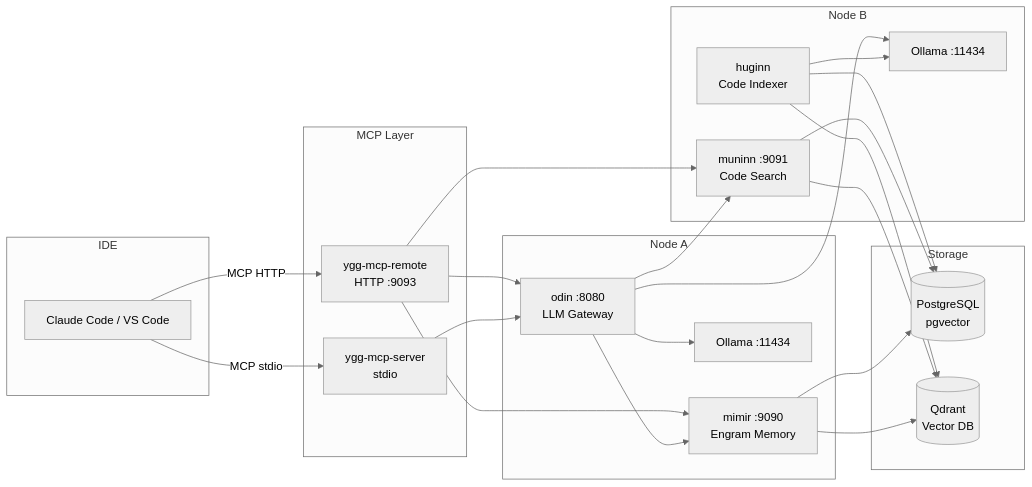
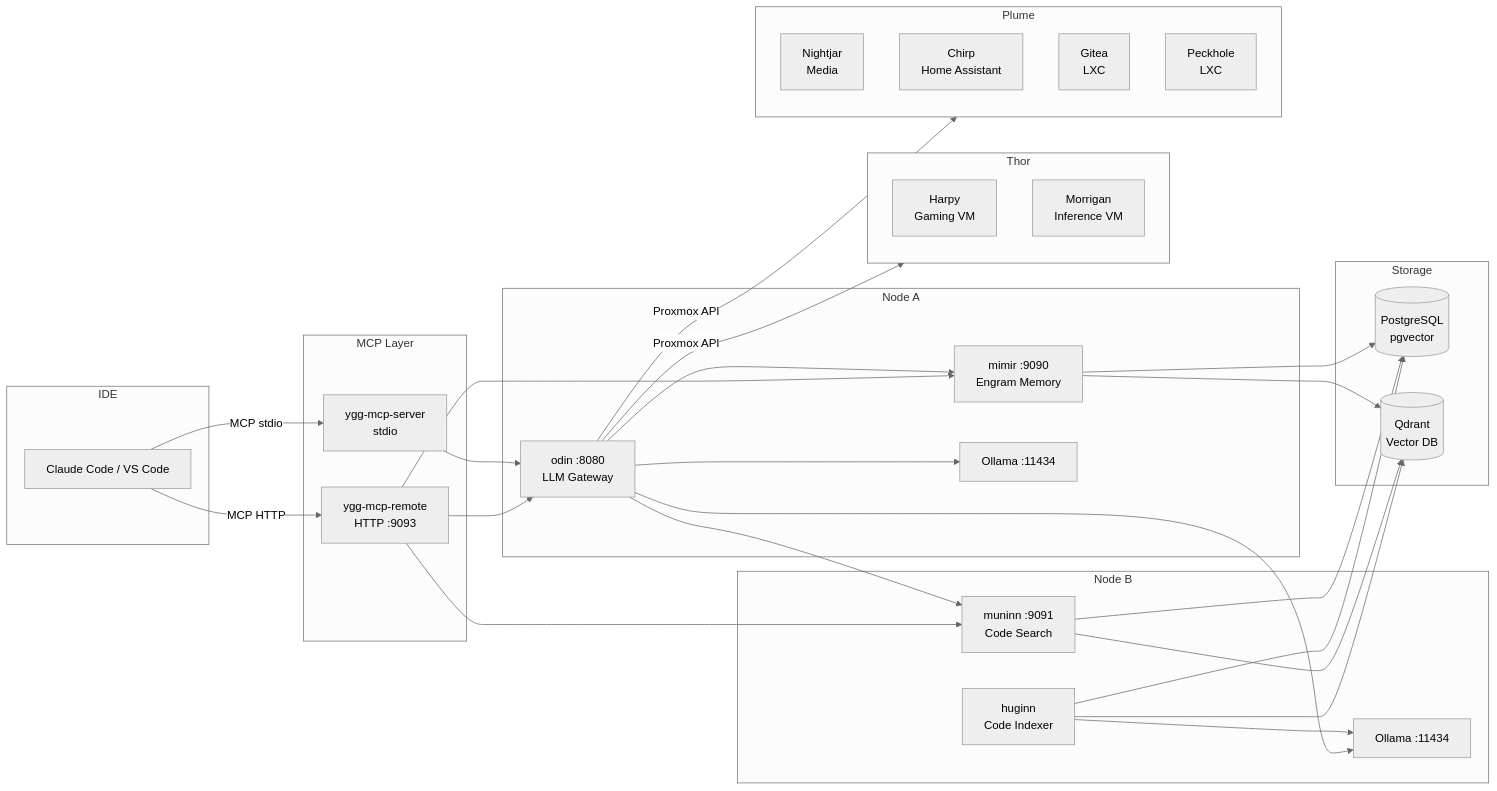
One commit to GrandpaSatan/Yggdrasil changed the diagram in README.md. Above: the diagram before and after it, drawn with Mermaid (neutral theme). The commit also changed other lines of this file and 24 other files, not shown here.

````diff
--- a/README.md
+++ b/README.md
@@ -20,46 +21,60 @@
 ```mermaid
 graph LR
     subgraph IDE
         CC[Claude Code / VS Code]
     end
 
     subgraph MCP Layer
         Local[ygg-mcp-server<br/>stdio]
         Remote[ygg-mcp-remote<br/>HTTP :9093]
     end
 
     subgraph Node A
         Odin[odin :8080<br/>LLM Gateway]
         Mimir[mimir :9090<br/>Engram Memory]
         OllamaA[Ollama :11434]
     end
 
     subgraph Node B
         Huginn[huginn<br/>Code Indexer]
         Muninn[muninn :9091<br/>Code Search]
         OllamaB[Ollama :11434]
     end
 
     subgraph Storage
         PG[(PostgreSQL<br/>pgvector)]
         QD[(Qdrant<br/>Vector DB)]
     end
 
+    subgraph Thor
+        Harpy[Harpy<br/>Gaming VM]
+        Morrigan[Morrigan<br/>Inference VM]
+    end
+
+    subgraph Plume
+        Nightjar[Nightjar<br/>Media]
+        Chirp[Chirp<br/>Home Assistant]
+        Gitea[Gitea<br/>LXC]
+        Peckhole[Peckhole<br/>LXC]
+    end
+
     CC -->|MCP stdio| Local
     CC -->|MCP HTTP| Remote
     Remote --> Odin
     Remote --> Muninn
     Remote --> Mimir
     Local --> Odin
     Odin --> Mimir
     Odin --> Muninn
     Odin --> OllamaA
     Odin --> OllamaB
     Mimir --> PG
     Mimir --> QD
     Huginn --> PG
     Huginn --> QD
     Huginn --> OllamaB
     Muninn --> PG
     Muninn --> QD
+    Odin -->|Proxmox API| Thor
+    Odin -->|Proxmox API| Plume
 ```
````
